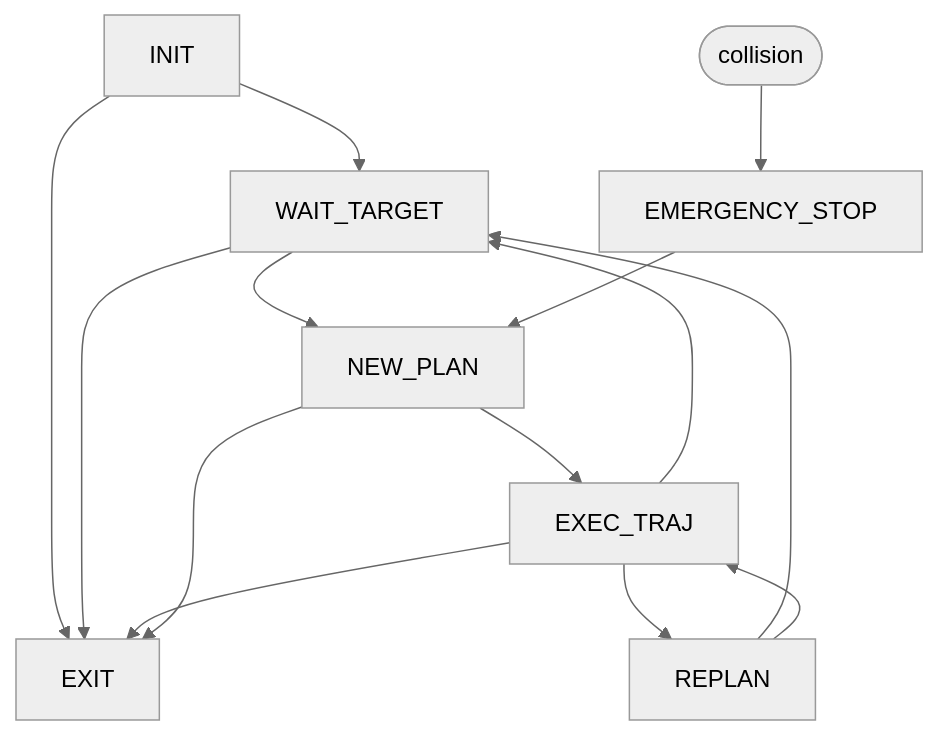
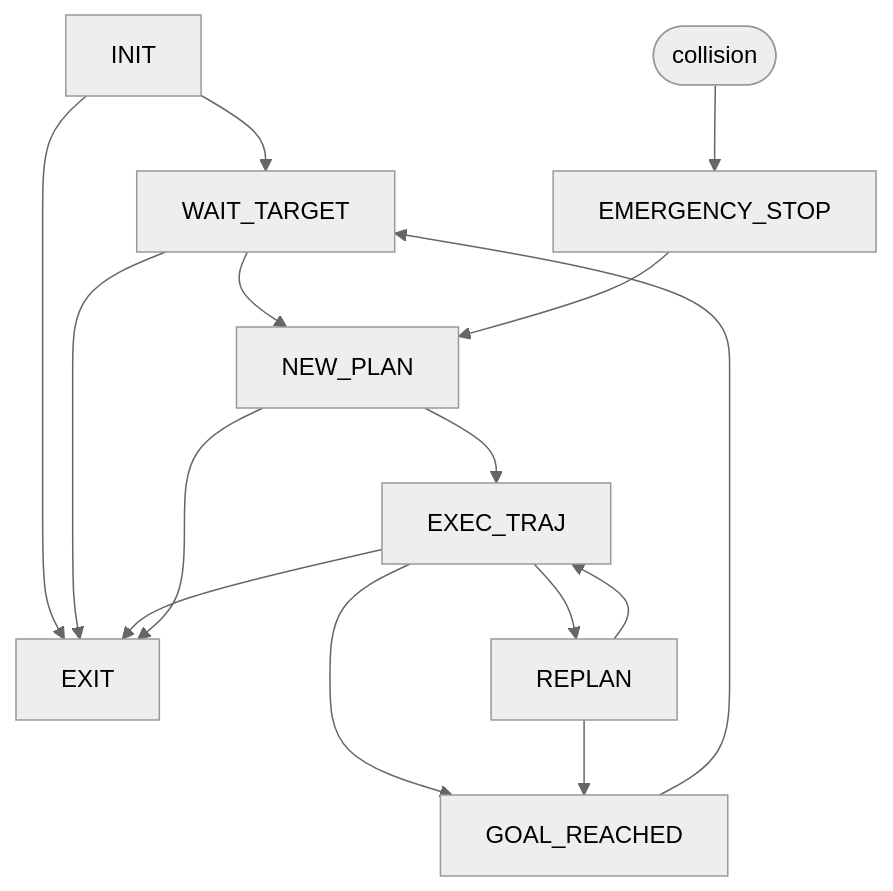
Before and after one commit to edmundwsy/RAST_corridor_planning: the second of 2 diagrams in README.md, drawn with Mermaid (neutral theme). The commit also changed 8 other files, not shown here.

Commit message:
🎨 refine FSM, add goal_reached states

````diff
--- a/README.md
+++ b/README.md
@@ -91,16 +91,17 @@
 ```mermaid
 graph TD
  INIT --> EXIT
  INIT --> WAIT_TARGET
  WAIT_TARGET --> EXIT
  WAIT_TARGET --> NEW_PLAN
- EXEC_TRAJ --> WAIT_TARGET
+ EXEC_TRAJ --> GOAL_REACHED
  EXEC_TRAJ --> REPLAN
  EXEC_TRAJ --> EXIT
- REPLAN --> WAIT_TARGET
+ REPLAN --> GOAL_REACHED
  REPLAN --> EXEC_TRAJ
  NEW_PLAN --> EXIT
  NEW_PLAN --> EXEC_TRAJ
+ GOAL_REACHED --> WAIT_TARGET
  EMERGENCY_STOP --> NEW_PLAN
  A([collision]) --> EMERGENCY_STOP
 ```
````
